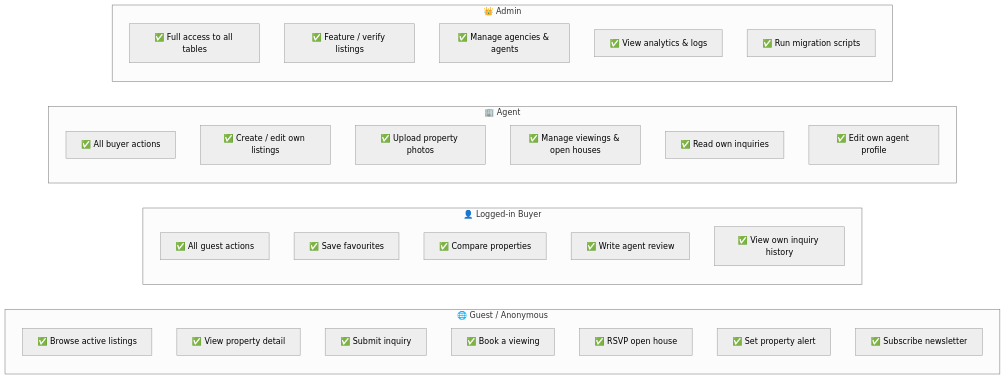
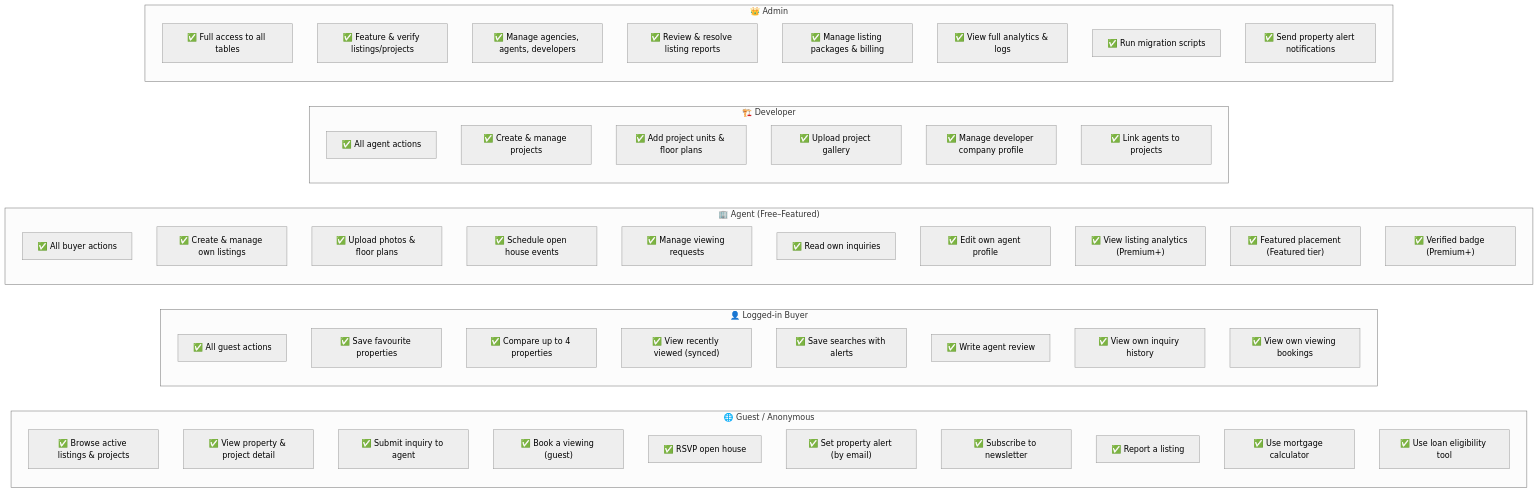
Before and after one commit to integrityitintern-bit/philippine-properties: the third of 5 diagrams in supabase/diagram.md, drawn with Mermaid (neutral theme). The commit also changed other lines of this file and 1 other file, not shown here.

First line of the commit message:
feat: complete Lamudi-structure schema + updated diagrams

````diff
--- a/supabase/diagram.md
+++ b/supabase/diagram.md
@@ -334,37 +457,64 @@
 ```mermaid
 flowchart LR
     subgraph ANON["🌐 Guest / Anonymous"]
-        R1["✅ Browse active listings"]
-        R2["✅ View property detail"]
-        R3["✅ Submit inquiry"]
-        R4["✅ Book a viewing"]
+        direction TB
+        R1["✅ Browse active listings & projects"]
+        R2["✅ View property & project detail"]
+        R3["✅ Submit inquiry to agent"]
+        R4["✅ Book a viewing (guest)"]
         R5["✅ RSVP open house"]
-        R6["✅ Set property alert"]
-        R7["✅ Subscribe newsletter"]
+        R6["✅ Set property alert (by email)"]
+        R7["✅ Subscribe to newsletter"]
+        R8["✅ Report a listing"]
+        R9["✅ Use mortgage calculator"]
+        R10["✅ Use loan eligibility tool"]
     end
 
     subgraph BUYER["👤 Logged-in Buyer"]
-        R8["✅ All guest actions"]
-        R9["✅ Save favourites"]
-        R10["✅ Compare properties"]
-        R11["✅ Write agent review"]
-        R12["✅ View own inquiry history"]
+        direction TB
+        R11["✅ All guest actions"]
+        R12["✅ Save favourite properties"]
+        R13["✅ Compare up to 4 properties"]
+        R14["✅ View recently viewed (synced)"]
+        R15["✅ Save searches with alerts"]
+        R16["✅ Write agent review"]
+        R17["✅ View own inquiry history"]
+        R18["✅ View own viewing bookings"]
     end
 
-    subgraph AGENT["🏢 Agent"]
-        R13["✅ All buyer actions"]
-        R14["✅ Create / edit own listings"]
-        R15["✅ Upload property photos"]
-        R16["✅ Manage viewings & open houses"]
-        R17["✅ Read own inquiries"]
-        R18["✅ Edit own agent profile"]
+    subgraph AGENT["🏢 Agent (Free–Featured)"]
+        direction TB
+        R19["✅ All buyer actions"]
+        R20["✅ Create & manage own listings"]
+        R21["✅ Upload photos & floor plans"]
+        R22["✅ Schedule open house events"]
+        R23["✅ Manage viewing requests"]
+        R24["✅ Read own inquiries"]
+        R25["✅ Edit own agent profile"]
+        R26["✅ View listing analytics (Premium+)"]
+        R27["✅ Featured placement (Featured tier)"]
+        R28["✅ Verified badge (Premium+)"]
+    end
+
+    subgraph DEV["🏗️ Developer"]
+        direction TB
+        R29["✅ All agent actions"]
+        R30["✅ Create & manage projects"]
+        R31["✅ Add project units & floor plans"]
+        R32["✅ Upload project gallery"]
+        R33["✅ Manage developer company profile"]
+        R34["✅ Link agents to projects"]
     end
 
     subgraph ADMIN["👑 Admin"]
-        R19["✅ Full access to all tables"]
-        R20["✅ Feature / verify listings"]
-        R21["✅ Manage agencies & agents"]
-        R22["✅ View analytics & logs"]
-        R23["✅ Run migration scripts"]
+        direction TB
+        R35["✅ Full access to all tables"]
+        R36["✅ Feature & verify listings/projects"]
+        R37["✅ Manage agencies, agents, developers"]
+        R38["✅ Review & resolve listing reports"]
+        R39["✅ Manage listing packages & billing"]
+        R40["✅ View full analytics & logs"]
+        R41["✅ Run migration scripts"]
+        R42["✅ Send property alert notifications"]
     end
 ```
````
